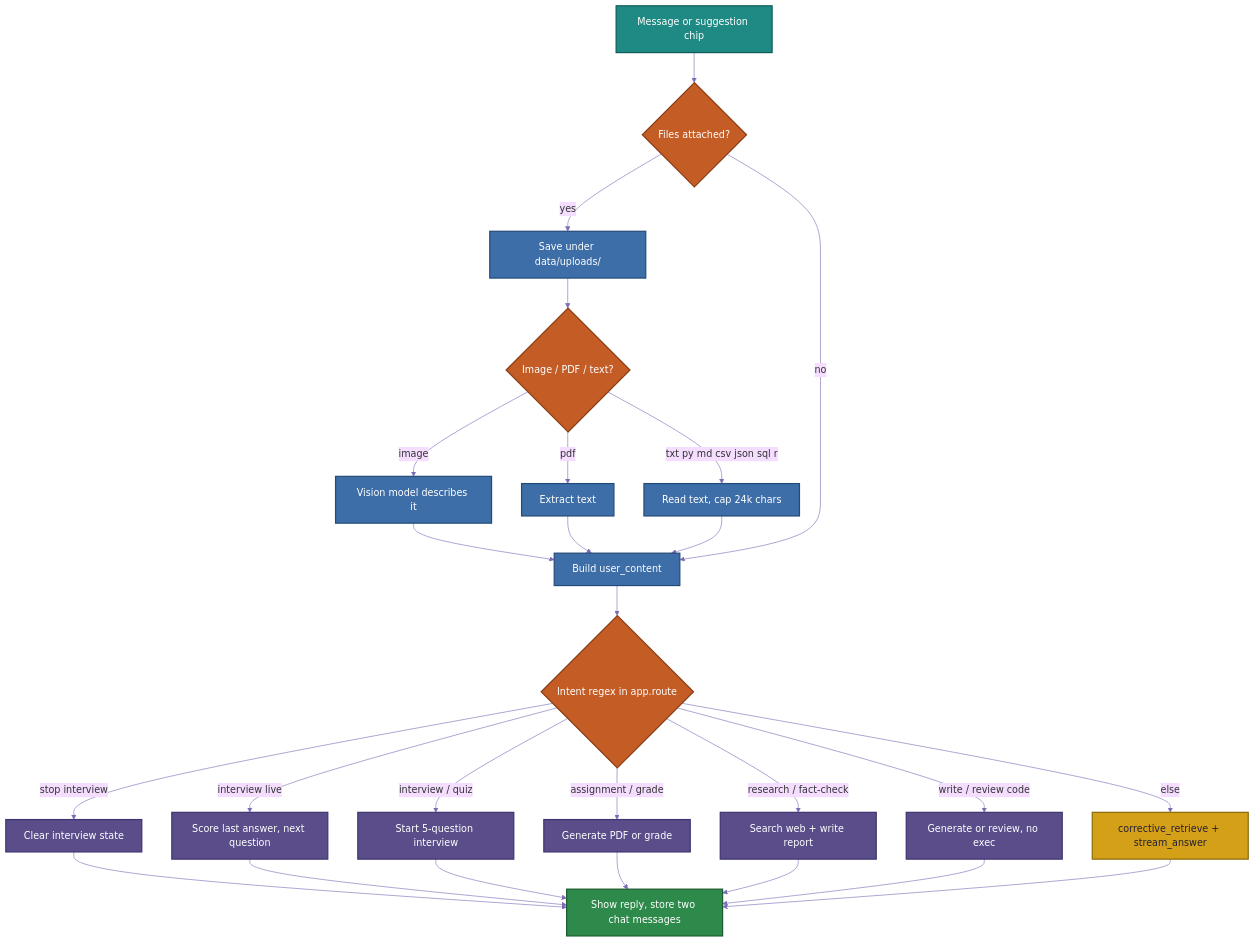
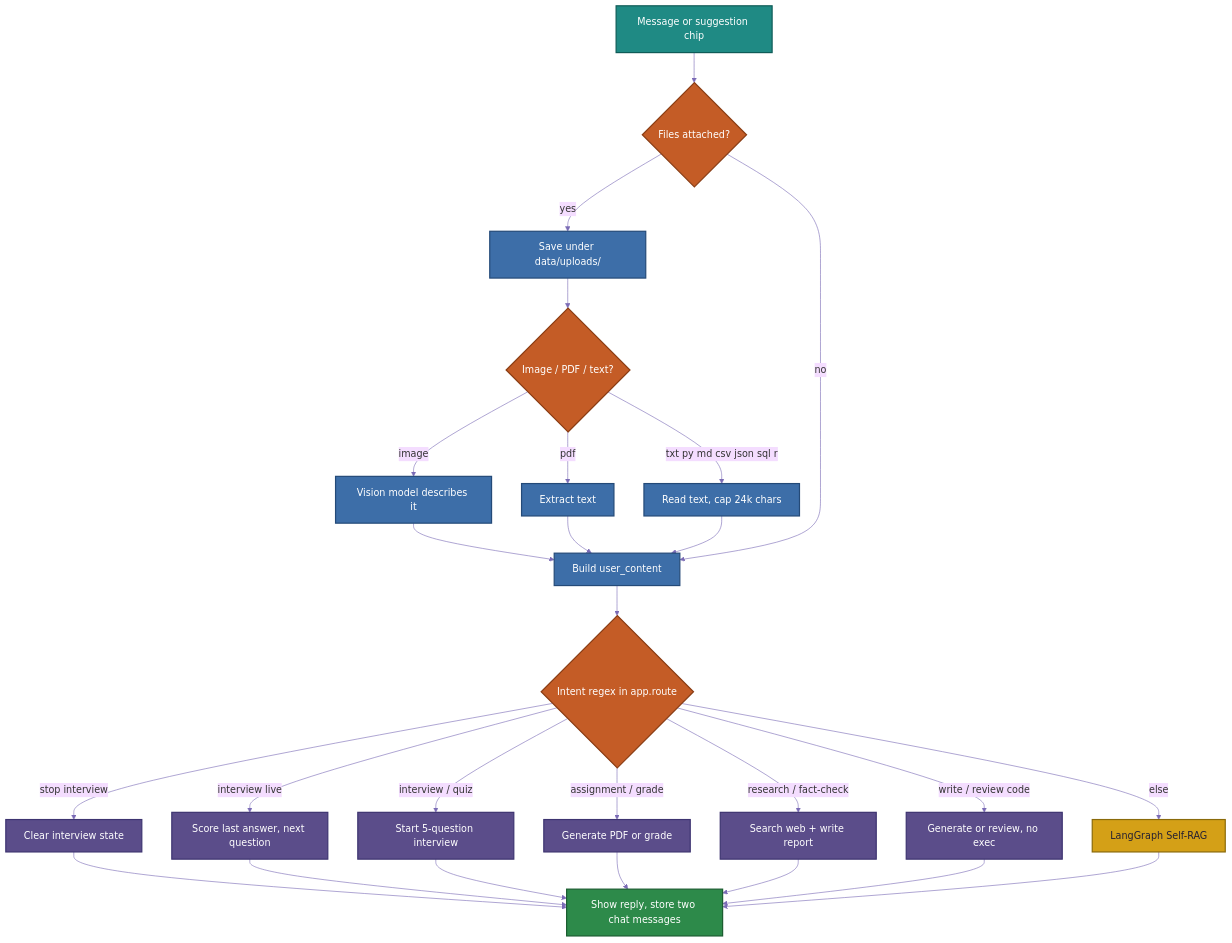
Before and after one commit to Hisingh11/data-science-tutor: the second of 4 diagrams in README.md, drawn with Mermaid. The commit also changed other lines of this file and 10 other files, not shown here.

Commit message:
Implement LangGraph Self-RAG and interview improvements

````diff
--- a/README.md
+++ b/README.md
@@ -187,49 +194,49 @@
 ```mermaid
 %%{init: {
   "theme": "base",
   "themeVariables": {
     "lineColor": "#7a6bb5",
     "fontFamily": "Segoe UI, sans-serif"
   }
 }}%%
 flowchart TD
   A["Message or suggestion chip"] --> B{"Files attached?"}
   B -->|yes| C["Save under data/uploads/"]
   C --> D{"Image / PDF / text?"}
   D -->|image| E["Vision model describes it"]
   D -->|pdf| F["Extract text"]
   D -->|txt py md csv json sql r| G["Read text, cap 24k chars"]
   E --> H["Build user_content"]
   F --> H
   G --> H
   B -->|no| H
   H --> I{"Intent regex in app.route"}
   I -->|stop interview| J["Clear interview state"]
   I -->|interview live| K["Score last answer, next question"]
   I -->|interview / quiz| L["Start 5-question interview"]
   I -->|assignment / grade| M["Generate PDF or grade"]
   I -->|research / fact-check| N["Search web + write report"]
   I -->|write / review code| O["Generate or review, no exec"]
-  I -->|else| P["corrective_retrieve + stream_answer"]
+  I -->|else| P["LangGraph Self-RAG"]
   J --> Q["Show reply, store two chat messages"]
   K --> Q
   L --> Q
   M --> Q
   N --> Q
   O --> Q
   P --> Q
 
   classDef start fill:#1f8a84,stroke:#0f5c58,color:#fff,stroke-width:2px
   classDef decision fill:#c45c26,stroke:#8a3d14,color:#fff,stroke-width:2px
   classDef file fill:#3d6ea8,stroke:#244a78,color:#fff,stroke-width:2px
   classDef special fill:#5b4d8a,stroke:#3d3470,color:#fff,stroke-width:2px
   classDef chat fill:#d4a017,stroke:#8a6a0a,color:#241f33,stroke-width:2px
   classDef endn fill:#2d8a4a,stroke:#1b5c30,color:#fff,stroke-width:2px
 
   class A start
   class B,D,I decision
   class C,E,F,G,H file
   class J,K,L,M,N,O special
   class P chat
   class Q endn
 ```
````
